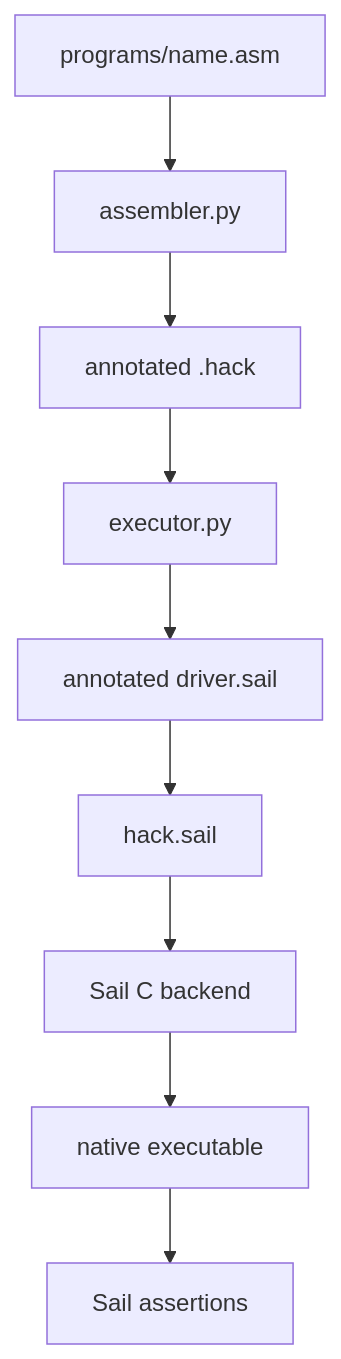
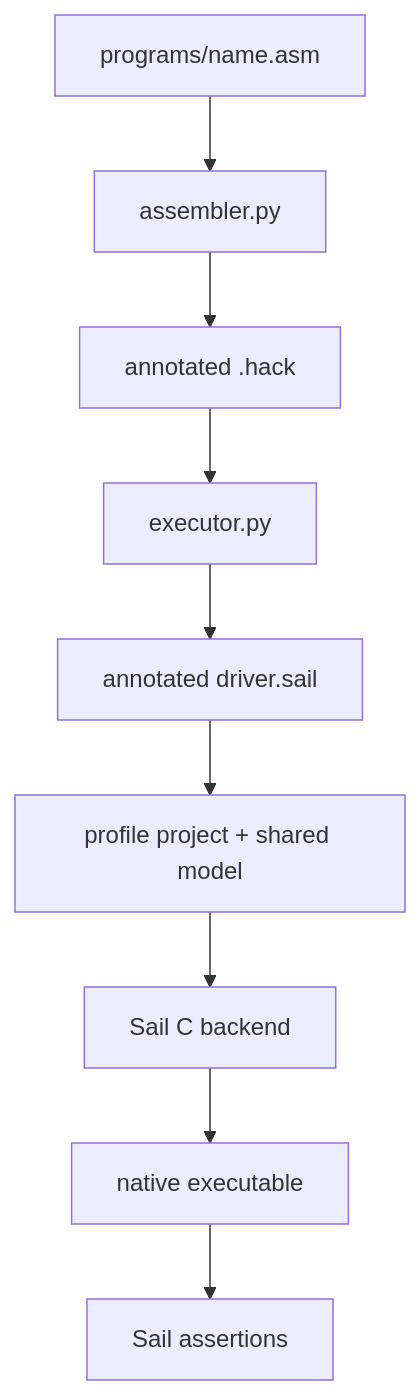
Before and after one commit to VIDLG/verylogic-workspace-sail: the diagram in site/docs/en/hack/index.mdx, drawn with Mermaid. The commit also changed other lines of this file and 44 other files, not shown here.

````diff
--- a/site/docs/en/hack/index.mdx
+++ b/site/docs/en/hack/index.mdx
@@ -35,11 +36,11 @@
 ```mermaid
 flowchart TD
     Source[programs/name.asm] --> Assembler[assembler.py]
     Assembler --> Machine[annotated .hack]
     Machine --> Executor[executor.py]
     Executor --> Driver[annotated driver.sail]
-    Driver --> Sail[hack.sail]
+    Driver --> Sail[profile project + shared model]
     Sail --> C[Sail C backend]
     C --> Native[native executable]
     Native --> Assertions[Sail assertions]
 ```
````
